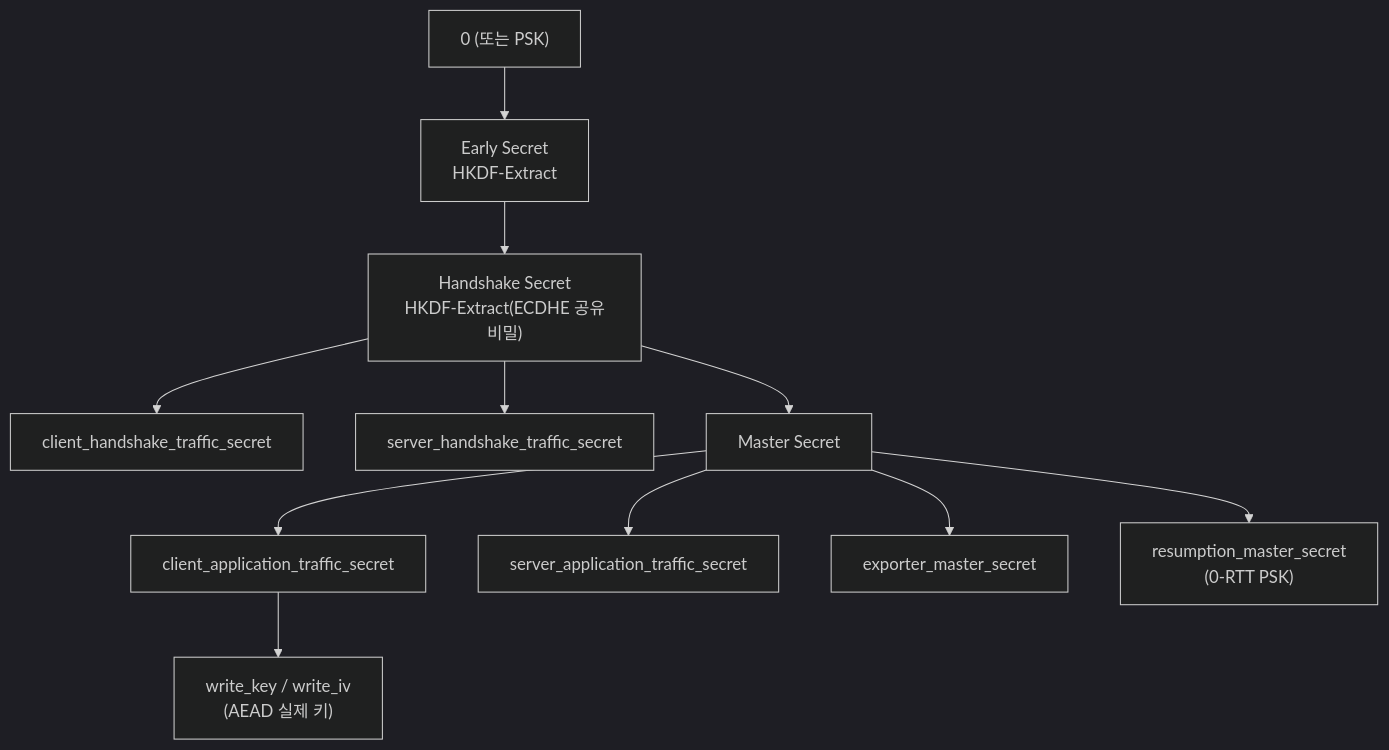
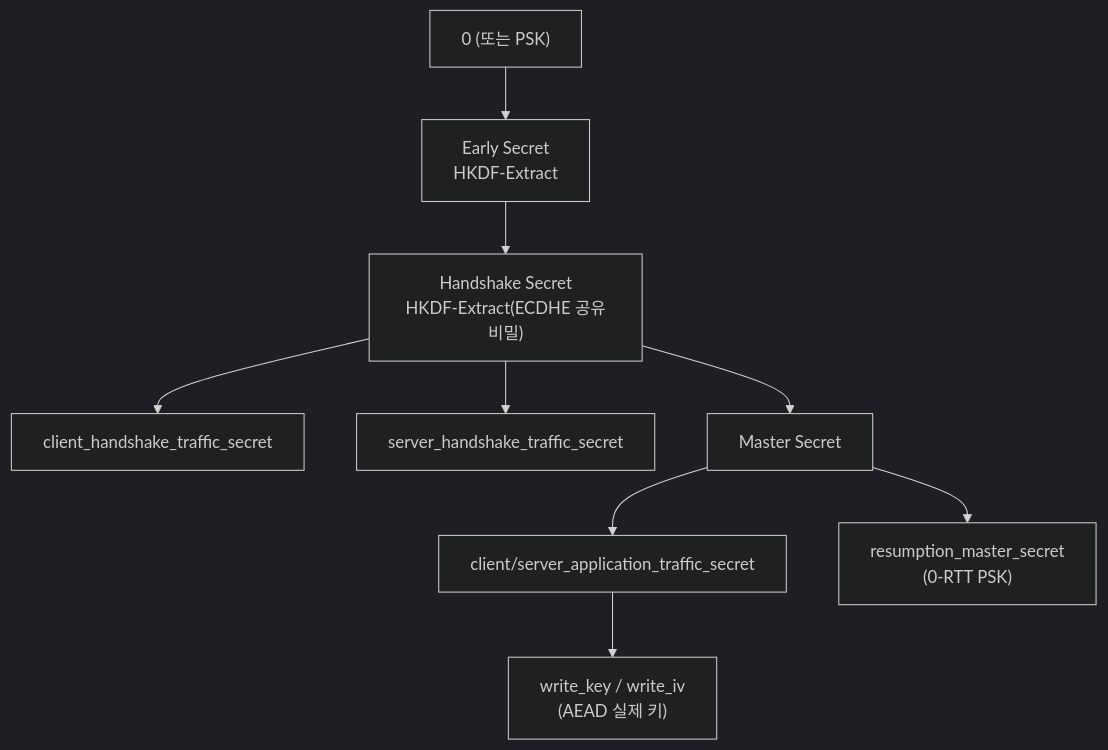
One commit to ktae23/TIL changed the diagram in security/advanced/04-tls-and-transport-security.md. Above: the diagram before and after it, drawn with Mermaid (dark theme). The commit also changed other lines of this file and 13 other files, not shown here.

````diff
--- a/security/advanced/04-tls-and-transport-security.md
+++ b/security/advanced/04-tls-and-transport-security.md
@@ -131,14 +105,12 @@
 ```mermaid
 flowchart TB
     Z["0 (또는 PSK)"] --> EARLY["Early Secret<br/>HKDF-Extract"]
     EARLY --> HS["Handshake Secret<br/>HKDF-Extract(ECDHE 공유비밀)"]
     HS --> CHTS["client_handshake_traffic_secret"]
     HS --> SHTS["server_handshake_traffic_secret"]
     HS --> MASTER["Master Secret"]
-    MASTER --> CATS["client_application_traffic_secret"]
-    MASTER --> SATS["server_application_traffic_secret"]
-    MASTER --> EXP["exporter_master_secret"]
+    MASTER --> CATS["client/server_application_traffic_secret"]
     MASTER --> RES["resumption_master_secret<br/>(0-RTT PSK)"]
 
     CATS --> K["write_key / write_iv<br/>(AEAD 실제 키)"]
 ```
````
